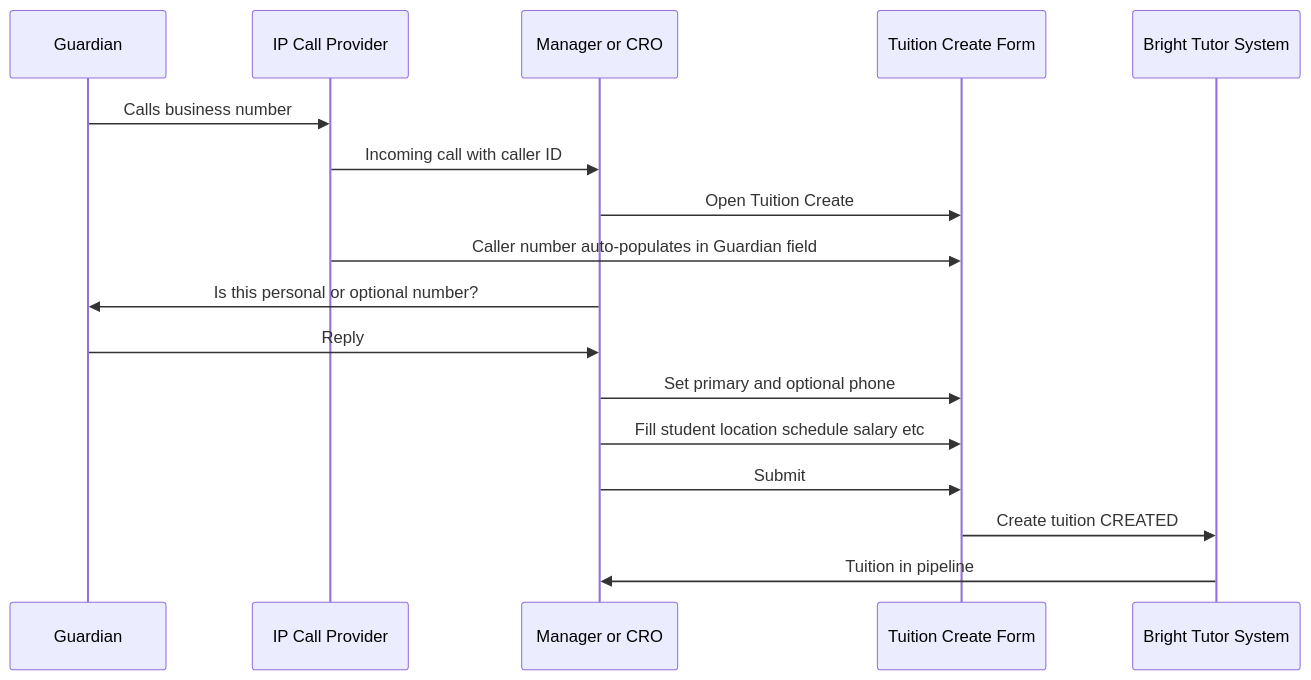
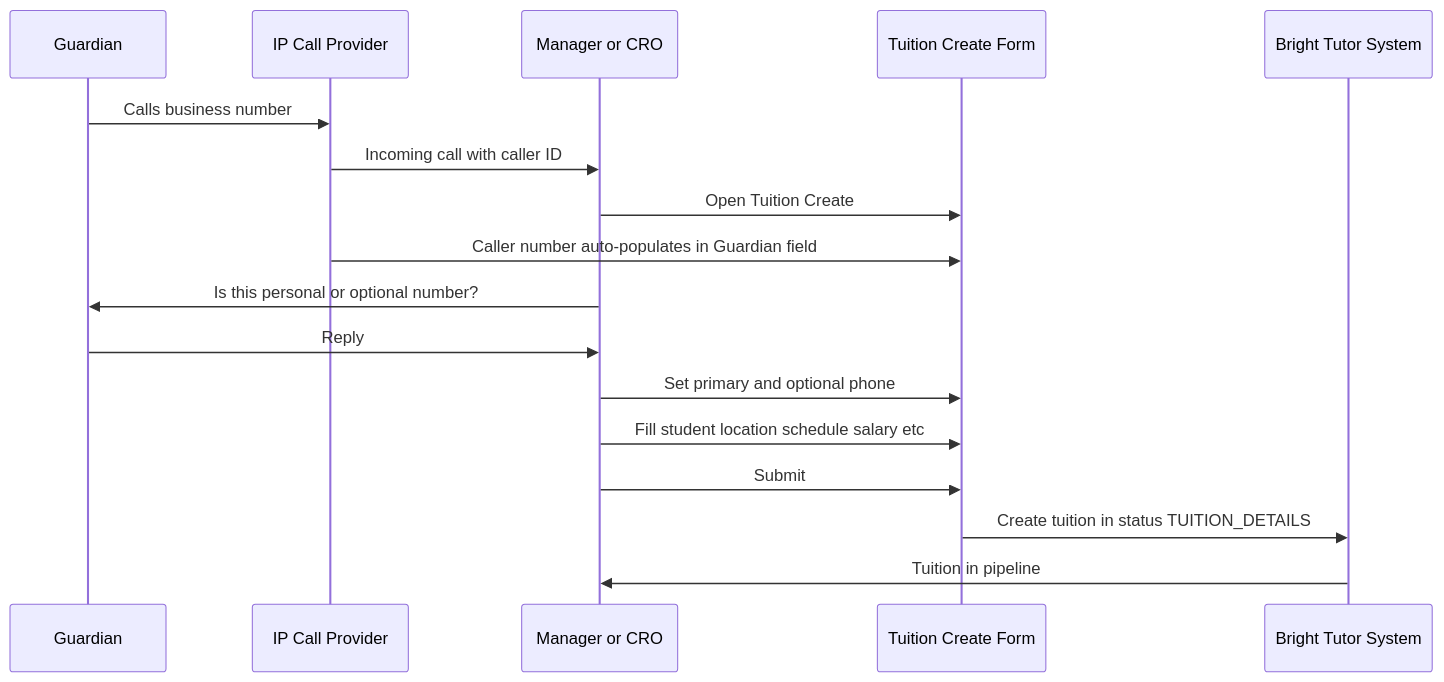
The first of 15 diagrams in README.md (NeexG/bright-tutor-documentation), drawn with Mermaid before and after one commit. The commit also changed other lines of this file, not shown here.

````diff
--- a/README.md
+++ b/README.md
@@ -100,20 +102,20 @@
 ```mermaid
 sequenceDiagram
   participant Guardian
   participant IPPhone as IP Call Provider
   participant CRO as Manager or CRO
   participant Form as Tuition Create Form
   participant System as Bright Tutor System
 
   Guardian->>IPPhone: Calls business number
   IPPhone->>CRO: Incoming call with caller ID
   CRO->>Form: Open Tuition Create
   IPPhone->>Form: Caller number auto-populates in Guardian field
   CRO->>Guardian: Is this personal or optional number?
   Guardian->>CRO: Reply
   CRO->>Form: Set primary and optional phone
   CRO->>Form: Fill student location schedule salary etc
   CRO->>Form: Submit
-  Form->>System: Create tuition CREATED
+  Form->>System: Create tuition in status TUITION_DETAILS
   System->>CRO: Tuition in pipeline
 ```
````
